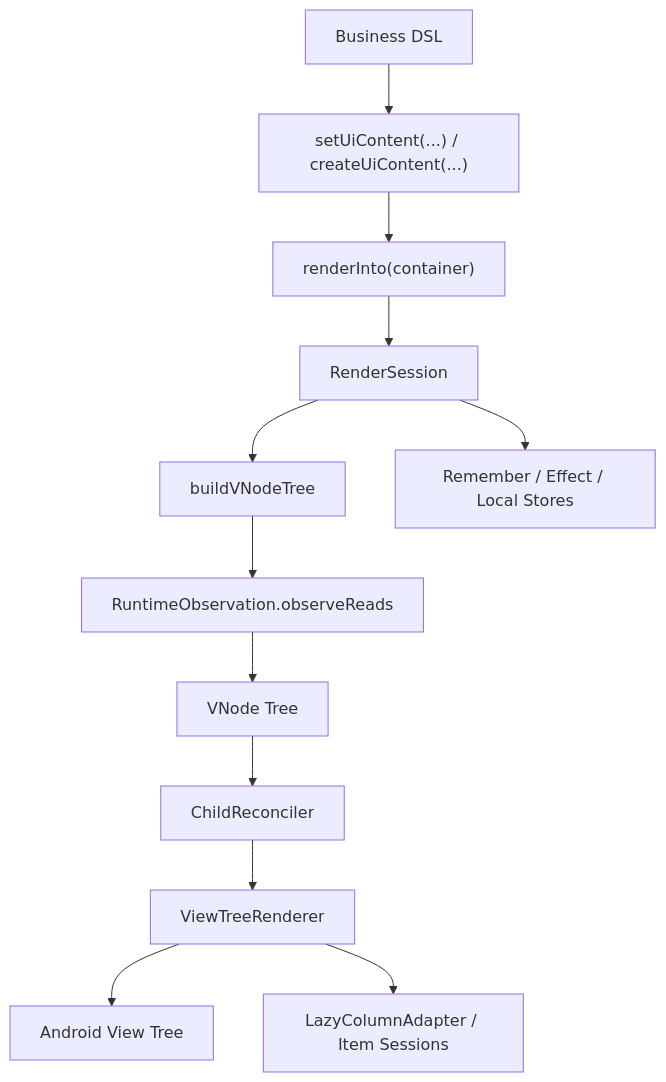
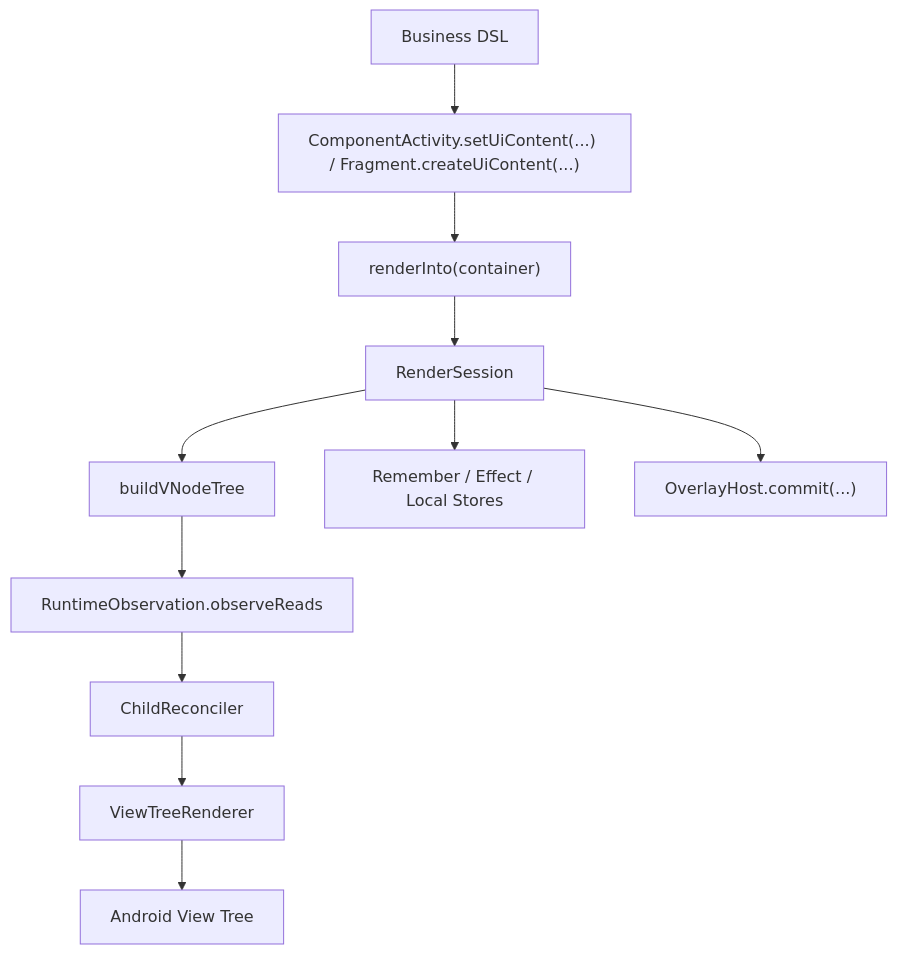
Before and after one commit to guozhiqiang123/ViewCompose: the diagram in ARCHITECTURE.md, drawn with Mermaid. The commit also changed other lines of this file and 2 other files, not shown here.

Commit message:
docs: slim architecture baseline and archive full snapshot

````diff
--- a/ARCHITECTURE.md
+++ b/ARCHITECTURE.md
@@ -263,14 +46,13 @@
 ```mermaid
 flowchart TD
-    A["Business DSL"] --> B["setUiContent(...) / createUiContent(...)"]
+    A["Business DSL"] --> B["ComponentActivity.setUiContent(...) / Fragment.createUiContent(...)"]
     B --> C["renderInto(container)"]
     C --> D["RenderSession"]
     D --> E["buildVNodeTree"]
     E --> F["RuntimeObservation.observeReads"]
-    F --> G["VNode Tree"]
-    G --> H["ChildReconciler"]
-    H --> I["ViewTreeRenderer"]
-    I --> J["Android View Tree"]
-    D --> K["Remember / Effect / Local Stores"]
-    I --> L["LazyColumnAdapter / Item Sessions"]
+    F --> G["ChildReconciler"]
+    G --> H["ViewTreeRenderer"]
+    H --> I["Android View Tree"]
+    D --> J["Remember / Effect / Local Stores"]
+    D --> K["OverlayHost.commit(...)"]
 ```
````
